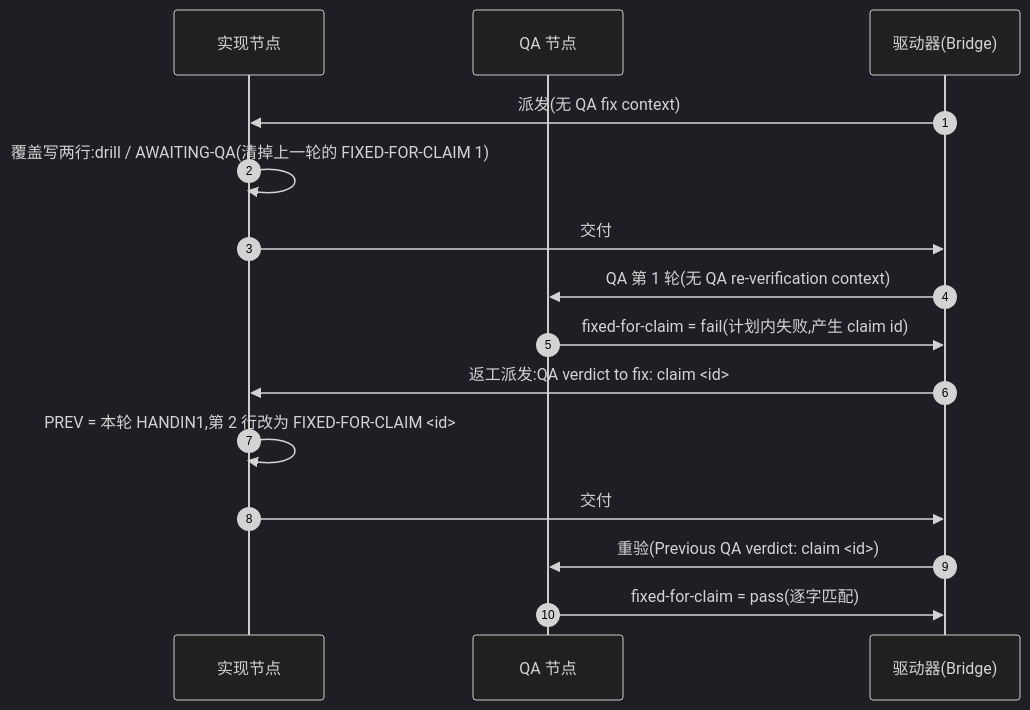
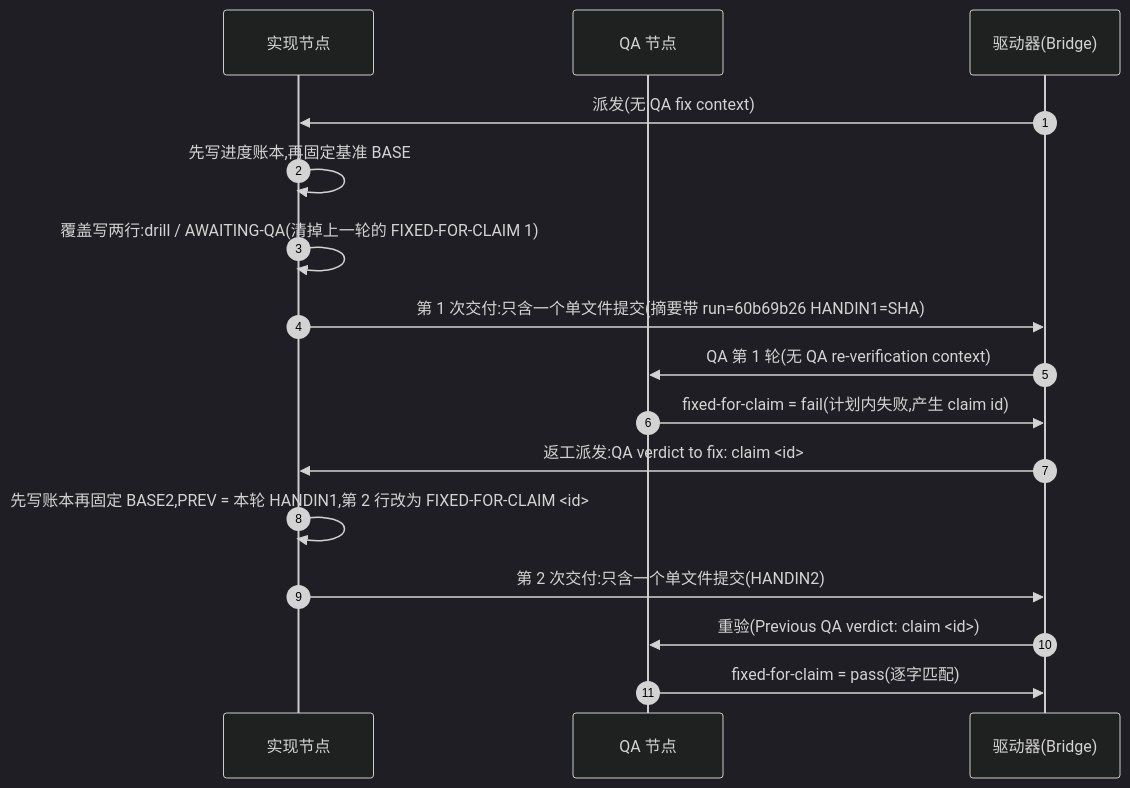
Before and after one commit to xrliAnnie/flywheel-qa-sandbox: the diagram in engineering/doc/FLY-3150-real-runner-drill/d1-core-flow.mmd, drawn with Mermaid (dark theme). The commit also changed 5 other files, not shown here.

```diff
--- a/engineering/doc/FLY-3150-real-runner-drill/d1-core-flow.mmd
+++ b/engineering/doc/FLY-3150-real-runner-drill/d1-core-flow.mmd
@@ -1,15 +1,16 @@
 sequenceDiagram
     autonumber
     participant I as 实现节点
     participant Q as QA 节点
     participant B as 驱动器(Bridge)
     B->>I: 派发(无 QA fix context)
+    I->>I: 先写进度账本,再固定基准 BASE
     I->>I: 覆盖写两行:drill / AWAITING-QA(清掉上一轮的 FIXED-FOR-CLAIM 1)
-    I->>B: 交付 #1(摘要带 run=251c390a HANDIN1=SHA)
+    I->>B: 第 1 次交付:只含一个单文件提交(摘要带 run=60b69b26 HANDIN1=SHA)
     B->>Q: QA 第 1 轮(无 QA re-verification context)
     Q->>B: fixed-for-claim = fail(计划内失败,产生 claim id)
     B->>I: 返工派发:QA verdict to fix: claim <id>
-    I->>I: PREV = 本轮 HANDIN1,第 2 行改为 FIXED-FOR-CLAIM <id>
-    I->>B: 交付 #2(HANDIN2)
+    I->>I: 先写账本再固定 BASE2,PREV = 本轮 HANDIN1,第 2 行改为 FIXED-FOR-CLAIM <id>
+    I->>B: 第 2 次交付:只含一个单文件提交(HANDIN2)
     B->>Q: 重验(Previous QA verdict: claim <id>)
     Q->>B: fixed-for-claim = pass(逐字匹配)
```
